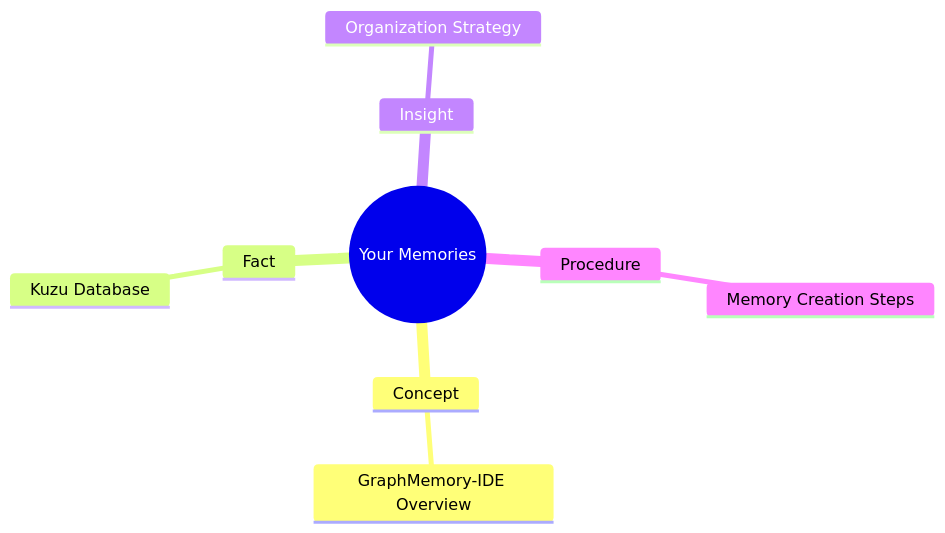
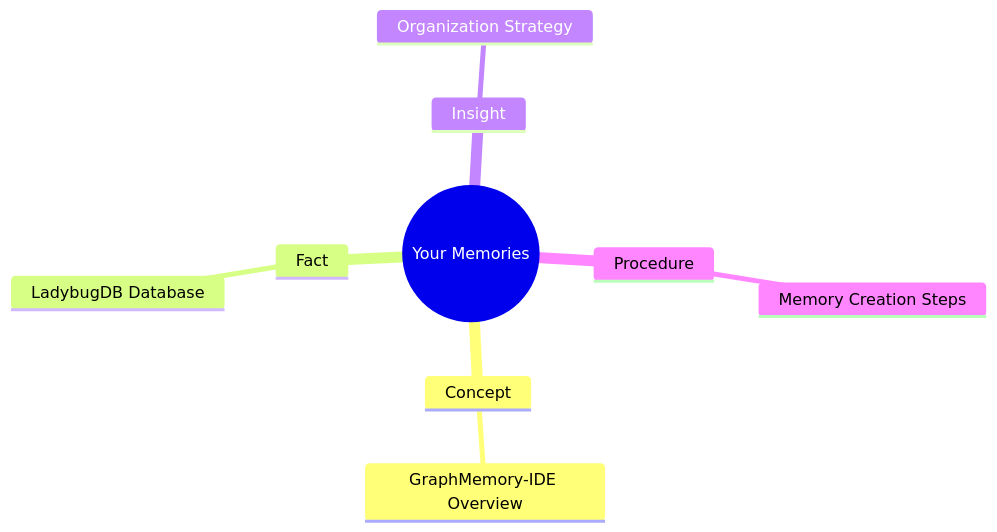
One commit to elementalcollision/GraphMemory-IDE changed the third of 3 diagrams in docs/user-guides/getting-started.md. Above: the diagram before and after it, drawn with Mermaid. The commit also changed other lines of this file and 120 other files, not shown here.

First line of the commit message:
Kuzu → LadybugDB migration (Phases 0–9 + follow-up) (#4)

````diff
--- a/docs/user-guides/getting-started.md
+++ b/docs/user-guides/getting-started.md
@@ -259,12 +259,12 @@
 ```mermaid
 mindmap
   root((Your Memories))
     Concept
       GraphMemory-IDE Overview
     Fact
-      Kuzu Database
+      LadybugDB Database
     Insight
       Organization Strategy
     Procedure
       Memory Creation Steps
 ```
````
